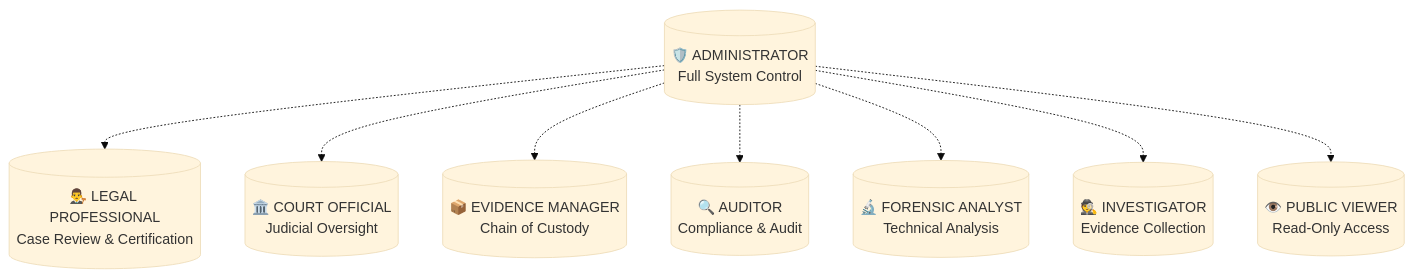
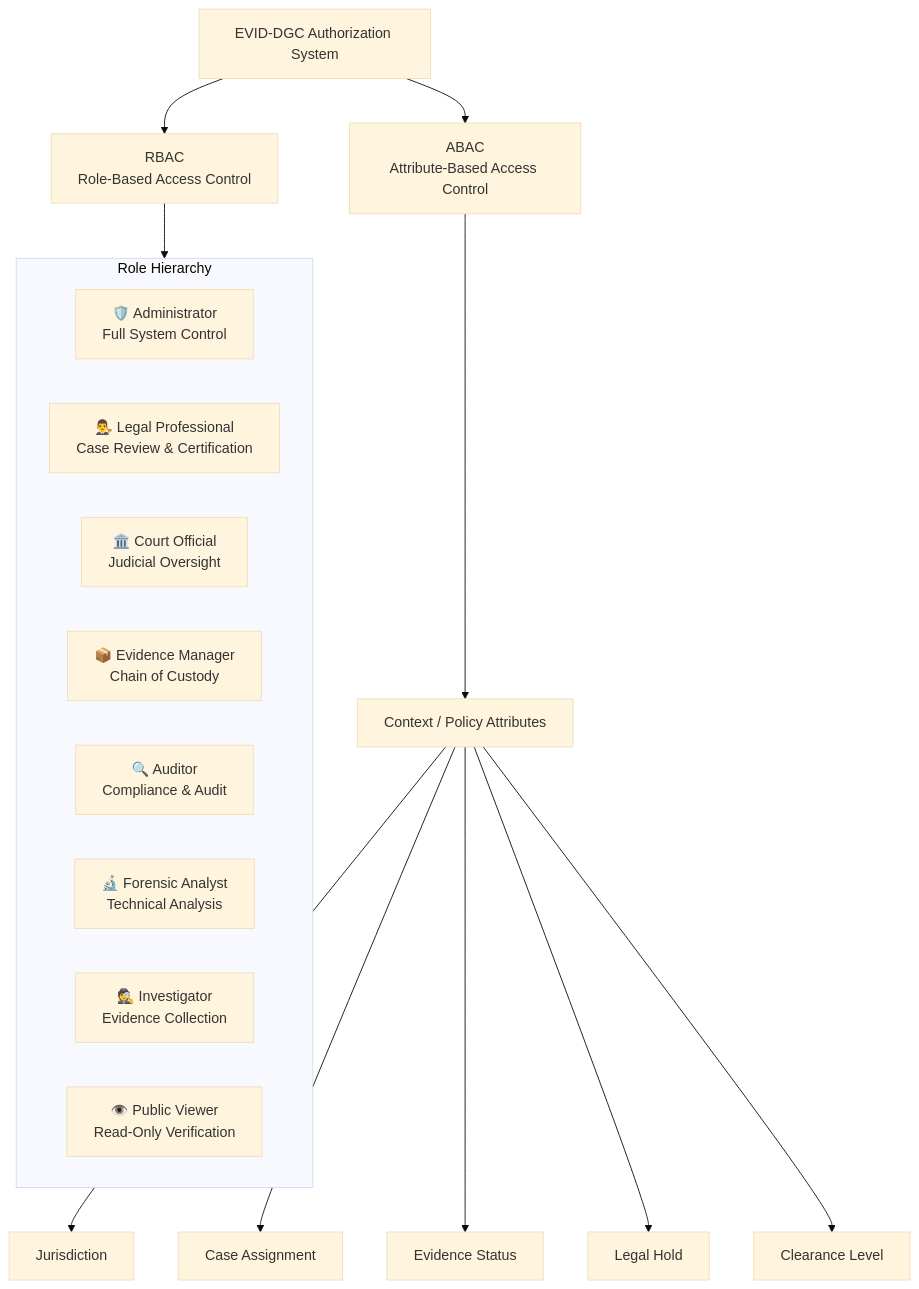
Before and after one commit to Gooichand/blockchain-evidence: the third of 6 diagrams in README.md, drawn with Mermaid (base theme). The commit also changed other lines of this file, not shown here.

First line of the commit message:
docs: modernize README with honest status and accurate claims

````diff
--- a/README.md
+++ b/README.md
@@ -227,19 +234,29 @@
 ```mermaid
-graph TD
-    Admin[("🛡️ ADMINISTRATOR\nFull System Control")]
-    Legal[("👨‍⚖️ LEGAL PROFESSIONAL\nCase Review & Certification")]
-    Court[("🏛️ COURT OFFICIAL\nJudicial Oversight")]
-    Manager[("📦 EVIDENCE MANAGER\nChain of Custody")]
-    Auditor[("🔍 AUDITOR\nCompliance & Audit")]
-    Analyst[("🔬 FORENSIC ANALYST\nTechnical Analysis")]
-    Investigator[("🕵️ INVESTIGATOR\nEvidence Collection")]
-    Viewer[("👁️ PUBLIC VIEWER\nRead-Only Access")]
-    
-    Admin -.-> Legal
-    Admin -.-> Court
-    Admin -.-> Manager
-    Admin -.-> Auditor
-    Admin -.-> Analyst
-    Admin -.-> Investigator
-    Admin -.-> Viewer
+flowchart TD
+    EVID["EVID-DGC Authorization System"]
+    EVID --> RBAC
+    EVID --> ABAC
+
+    RBAC["RBAC\nRole-Based Access Control"]
+    ABAC["ABAC\nAttribute-Based Access Control"]
+
+    RBAC --> Roles
+
+    subgraph Roles["Role Hierarchy"]
+        Admin["🛡️ Administrator\nFull System Control"]
+        Legal["👨‍⚖️ Legal Professional\nCase Review & Certification"]
+        Court["🏛️ Court Official\nJudicial Oversight"]
+        Manager["📦 Evidence Manager\nChain of Custody"]
+        Auditor["🔍 Auditor\nCompliance & Audit"]
+        Analyst["🔬 Forensic Analyst\nTechnical Analysis"]
+        Investigator["🕵️ Investigator\nEvidence Collection"]
+        Viewer["👁️ Public Viewer\nRead-Only Verification"]
+    end
+
+    ABAC --> Attrs["Context / Policy Attributes"]
+    Attrs --> Jurisdiction["Jurisdiction"]
+    Attrs --> CaseAssignment["Case Assignment"]
+    Attrs --> EvidenceStatus["Evidence Status"]
+    Attrs --> LegalHold["Legal Hold"]
+    Attrs --> Clearance["Clearance Level"]
 ```
````
